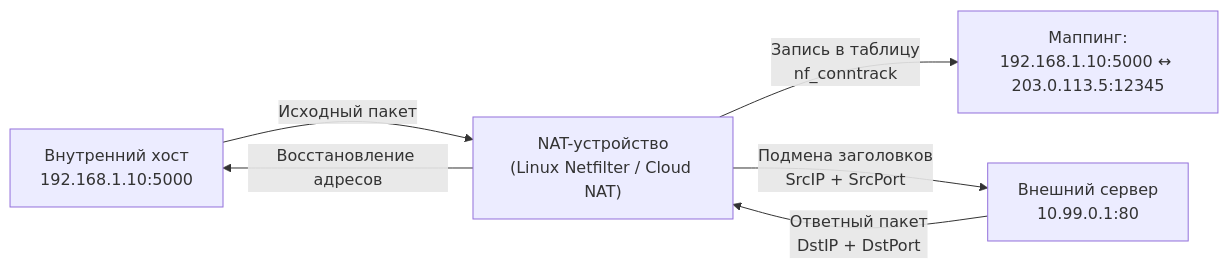
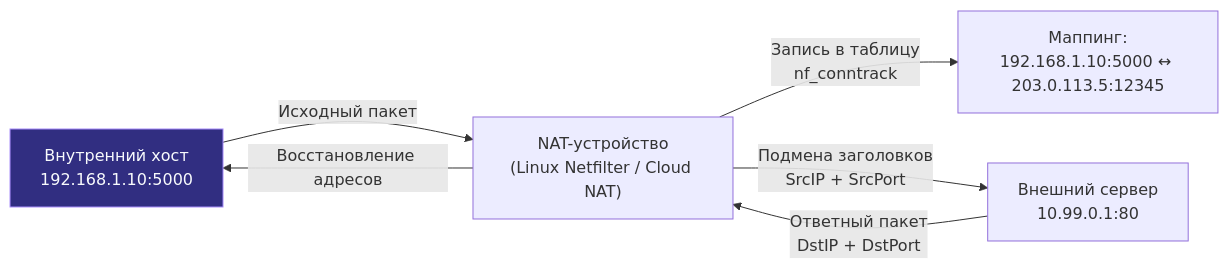
The second of 6 diagrams in sources/3. Компьютерные сети и сетевой стек/8. NAT, PAT и почему приватные сети работают через один IP.md (UnrealTemplier/go-textbook), drawn with Mermaid before and after one commit. The commit also changed other lines of this file and 1666 other files, not shown here.

First line of the commit message:
feat(mermaid): add semantic color classDef to 1369 colorless flowchart/graph diagrams

````diff
--- a/sources/3. Компьютерные сети и сетевой стек/8. NAT, PAT и почему приватные сети работают через один IP.md
+++ b/sources/3. Компьютерные сети и сетевой стек/8. NAT, PAT и почему приватные сети работают через один IP.md
@@ -74,8 +74,18 @@
 ```mermaid
 flowchart LR
-    A["Внутренний хост<br/>192.168.1.10:5000"] -->|"Исходный пакет"| B["NAT-устройство<br/>(Linux Netfilter / Cloud NAT)"]
+    classDef process  fill:#1e293b,stroke:#38bdf8,stroke-width:1px,color:#f8fafc
+    classDef success  fill:#064e3b,stroke:#34d399,stroke-width:1px,color:#f8fafc
+    classDef error    fill:#7f1d1d,stroke:#f87171,stroke-width:1px,color:#f8fafc
+    classDef warning  fill:#78350f,stroke:#fbbf24,stroke-width:1px,color:#f8fafc
+    classDef entry    fill:#1e3a5f,stroke:#38bdf8,stroke-width:2px,color:#f8fafc
+    classDef aux      fill:#334155,stroke:#64748b,stroke-width:1px,color:#f8fafc
+    classDef system   fill:#312e81,stroke:#a78bfa,stroke-width:1px,color:#f8fafc
+    classDef data     fill:#132d29,stroke:#2dd4bf,stroke-width:1px,color:#f8fafc
+    classDef network  fill:#881337,stroke:#fb7185,stroke-width:1px,color:#f8fafc
+    classDef accent   fill:#1e1b4b,stroke:#818cf8,stroke-width:1px,color:#f8fafc
+    A["Внутренний хост<br/>192.168.1.10:5000"]:::system -->|"Исходный пакет"| B["NAT-устройство<br/>(Linux Netfilter / Cloud NAT)"]
     B -->|"Запись в таблицу<br/>nf_conntrack"| C["Маппинг:<br/>192.168.1.10:5000 ↔ 203.0.113.5:12345"]
     B -->|"Подмена заголовков<br/>SrcIP + SrcPort"| D["Внешний сервер<br/>10.99.0.1:80"]
     D -->|"Ответный пакет<br/>DstIP + DstPort"| B
     B -->|"Восстановление адресов"| A
 ```
````
